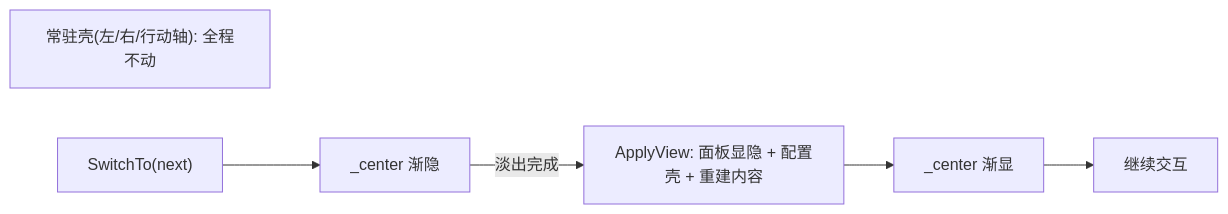
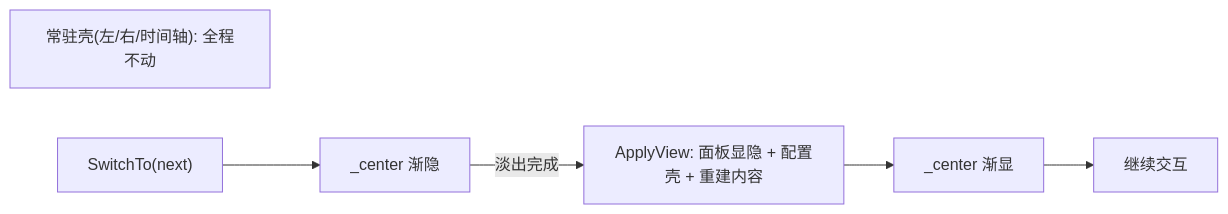
The third of 3 diagrams in GourmetProject/docs/design/游戏设计/界面.md (2563495284/gourmetproject), drawn with Mermaid before and after one commit. The commit also changed other lines of this file and 709 other files, not shown here.

````diff
--- a/GourmetProject/docs/design/游戏设计/界面.md
+++ b/GourmetProject/docs/design/游戏设计/界面.md
@@ -300,8 +300,8 @@
 ```mermaid
 flowchart LR
-  Shell["常驻壳(左/右/行动轴): 全程不动"]
+  Shell["常驻壳(左/右/时间轴): 全程不动"]
   Trigger["SwitchTo(next)"] --> FadeOut["_center 渐隐"]
   FadeOut -->|"淡出完成"| Swap["ApplyView: 面板显隐 + 配置壳 + 重建内容"]
   Swap --> FadeIn["_center 渐显"]
   FadeIn --> Done["继续交互"]
 ```
````
